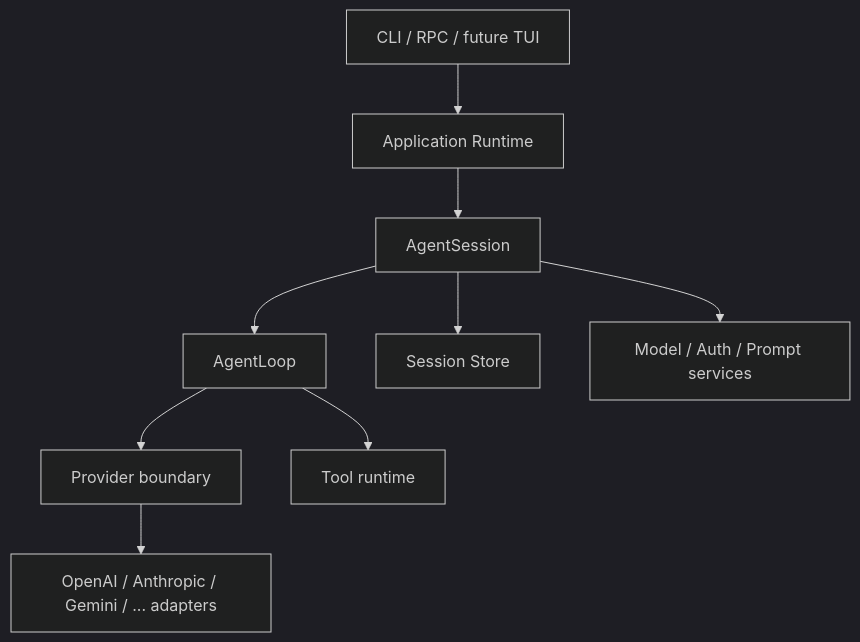
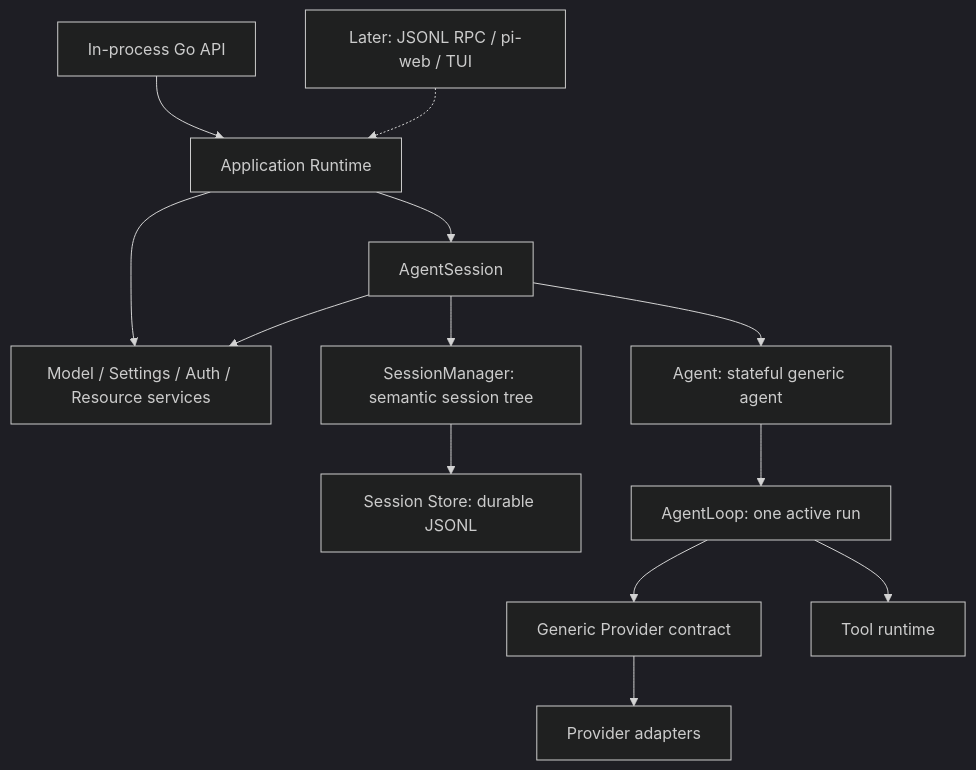
One commit to cat3399/pi-go changed the diagram in docs/ARCHITECTURE.md. Above: the diagram before and after it, drawn with Mermaid (dark theme). The commit also changed other lines of this file and 4 other files, not shown here.

Commit message:
docs: align roadmap with internal agent parity

````diff
--- a/docs/ARCHITECTURE.md
+++ b/docs/ARCHITECTURE.md
@@ -14,11 +22,15 @@
 ```mermaid
 flowchart TB
-    Surface["CLI / RPC / future TUI"] --> Runtime["Application Runtime"]
+    InProcess["In-process Go API"] --> Runtime["Application Runtime"]
+    Future["Later: JSONL RPC / pi-web / TUI"] -.-> Runtime
     Runtime --> AgentSession["AgentSession"]
-    AgentSession --> AgentLoop["AgentLoop"]
-    AgentSession --> SessionStore["Session Store"]
-    AgentSession --> Services["Model / Auth / Prompt services"]
-    AgentLoop --> Provider["Provider boundary"]
+    Runtime --> Services["Model / Settings / Auth / Resource services"]
+    AgentSession --> Agent["Agent: stateful generic agent"]
+    AgentSession --> SessionManager["SessionManager: semantic session tree"]
+    SessionManager --> SessionStore["Session Store: durable JSONL"]
+    AgentSession --> Services
+    Agent --> AgentLoop["AgentLoop: one active run"]
+    AgentLoop --> Provider["Generic Provider contract"]
+    Provider --> Adapters["Provider adapters"]
     AgentLoop --> Tools["Tool runtime"]
-    Provider --> Adapters["OpenAI / Anthropic / Gemini / ... adapters"]
 ```
````
